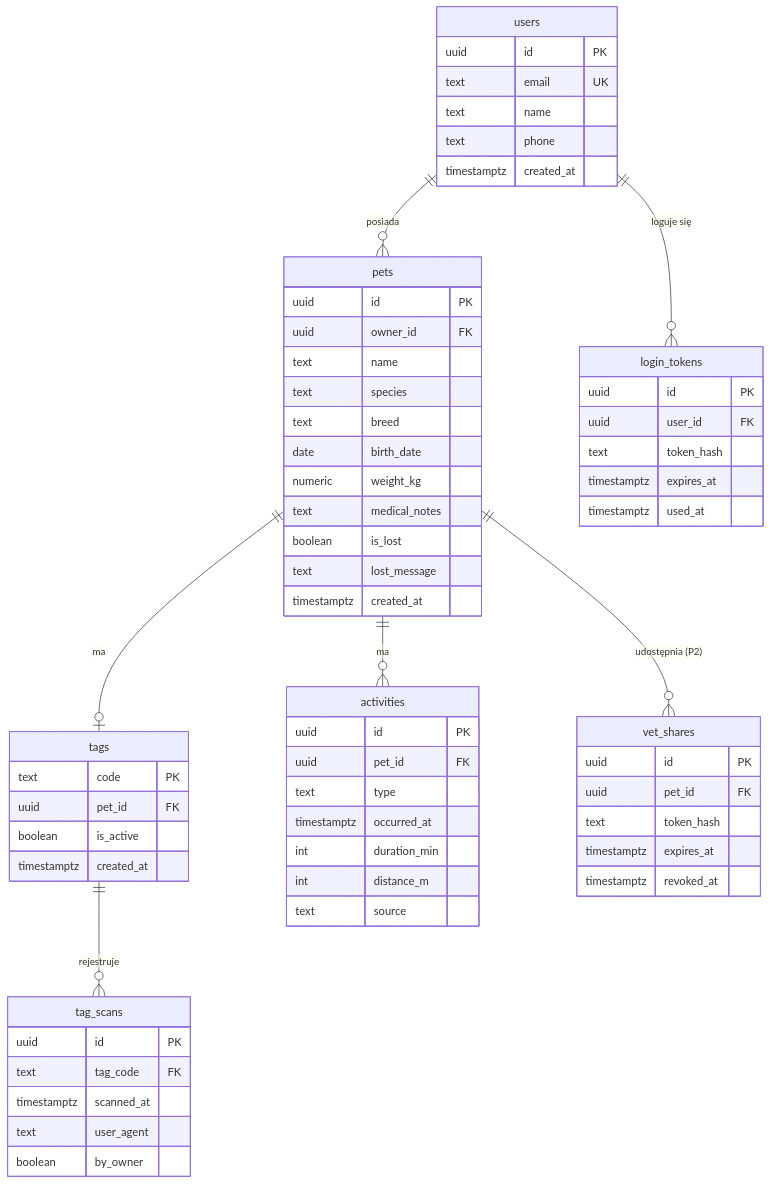
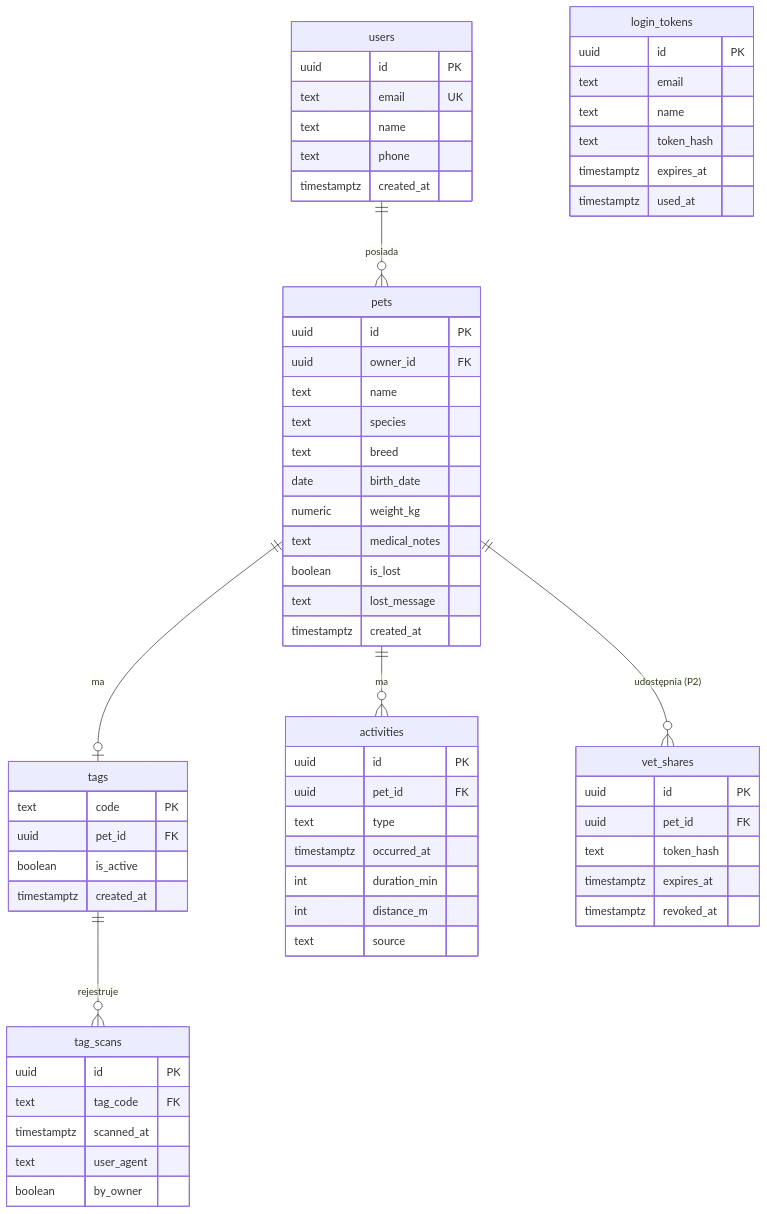
Before and after one commit to FullC0ntrol/petracer: the second of 5 diagrams in plan/04-architektura.md, drawn with Mermaid. The commit also changed other lines of this file and 6 other files, not shown here.

````diff
--- a/plan/04-architektura.md
+++ b/plan/04-architektura.md
@@ -64,66 +64,66 @@
 ```mermaid
 erDiagram
   users ||--o{ pets : "posiada"
-  users ||--o{ login_tokens : "loguje się"
   pets ||--o| tags : "ma"
   tags ||--o{ tag_scans : "rejestruje"
   pets ||--o{ activities : "ma"
   pets ||--o{ vet_shares : "udostępnia (P2)"
 
   users {
     uuid id PK
     text email UK
     text name
     text phone
     timestamptz created_at
   }
   login_tokens {
     uuid id PK
-    uuid user_id FK
+    text email
+    text name
     text token_hash
     timestamptz expires_at
     timestamptz used_at
   }
   pets {
     uuid id PK
     uuid owner_id FK
     text name
     text species
     text breed
     date birth_date
     numeric weight_kg
     text medical_notes
     boolean is_lost
     text lost_message
     timestamptz created_at
   }
   tags {
     text code PK
     uuid pet_id FK
     boolean is_active
     timestamptz created_at
   }
   tag_scans {
     uuid id PK
     text tag_code FK
     timestamptz scanned_at
     text user_agent
     boolean by_owner
   }
   activities {
     uuid id PK
     uuid pet_id FK
     text type
     timestamptz occurred_at
     int duration_min
     int distance_m
     text source
   }
   vet_shares {
     uuid id PK
     uuid pet_id FK
     text token_hash
     timestamptz expires_at
     timestamptz revoked_at
   }
 ```
````
